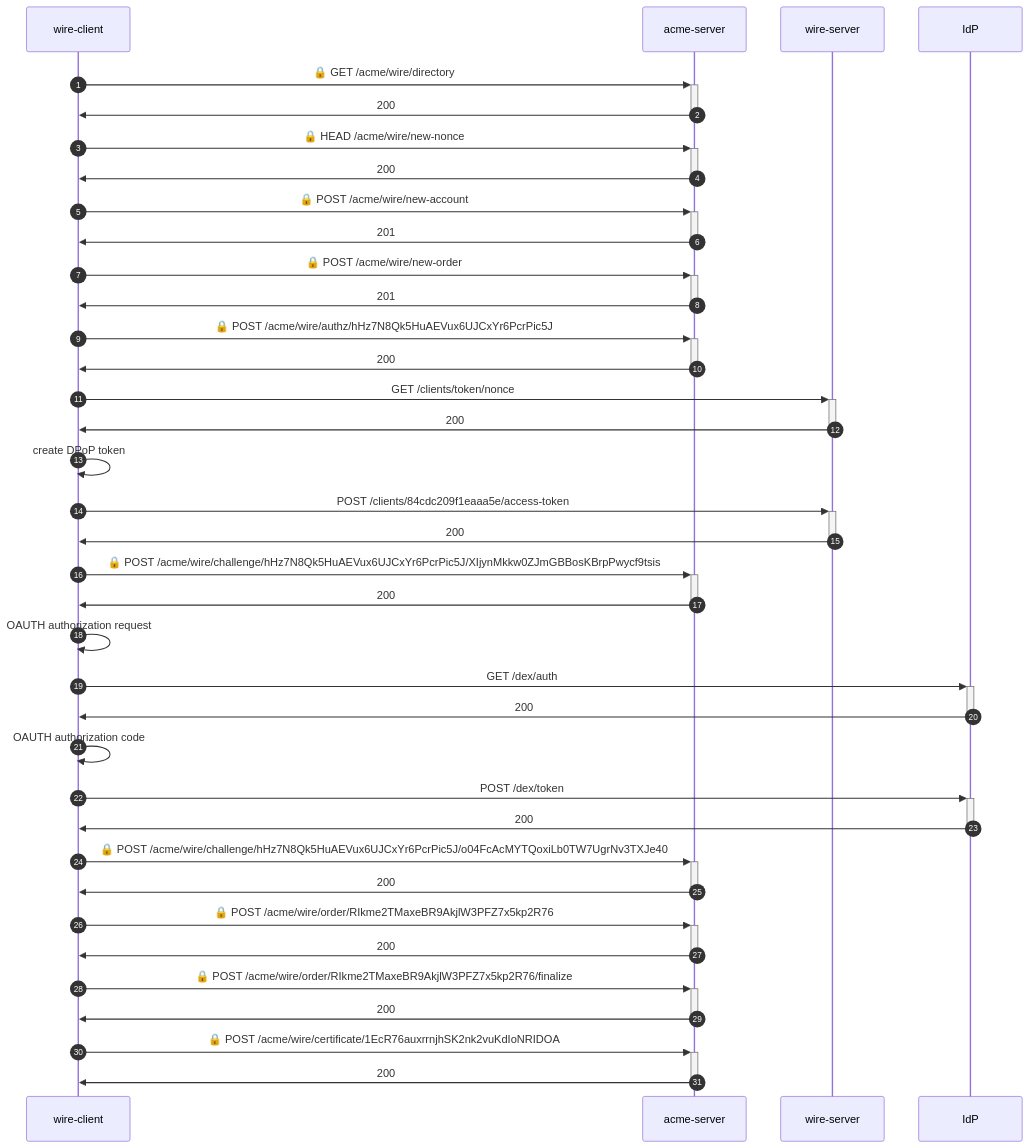
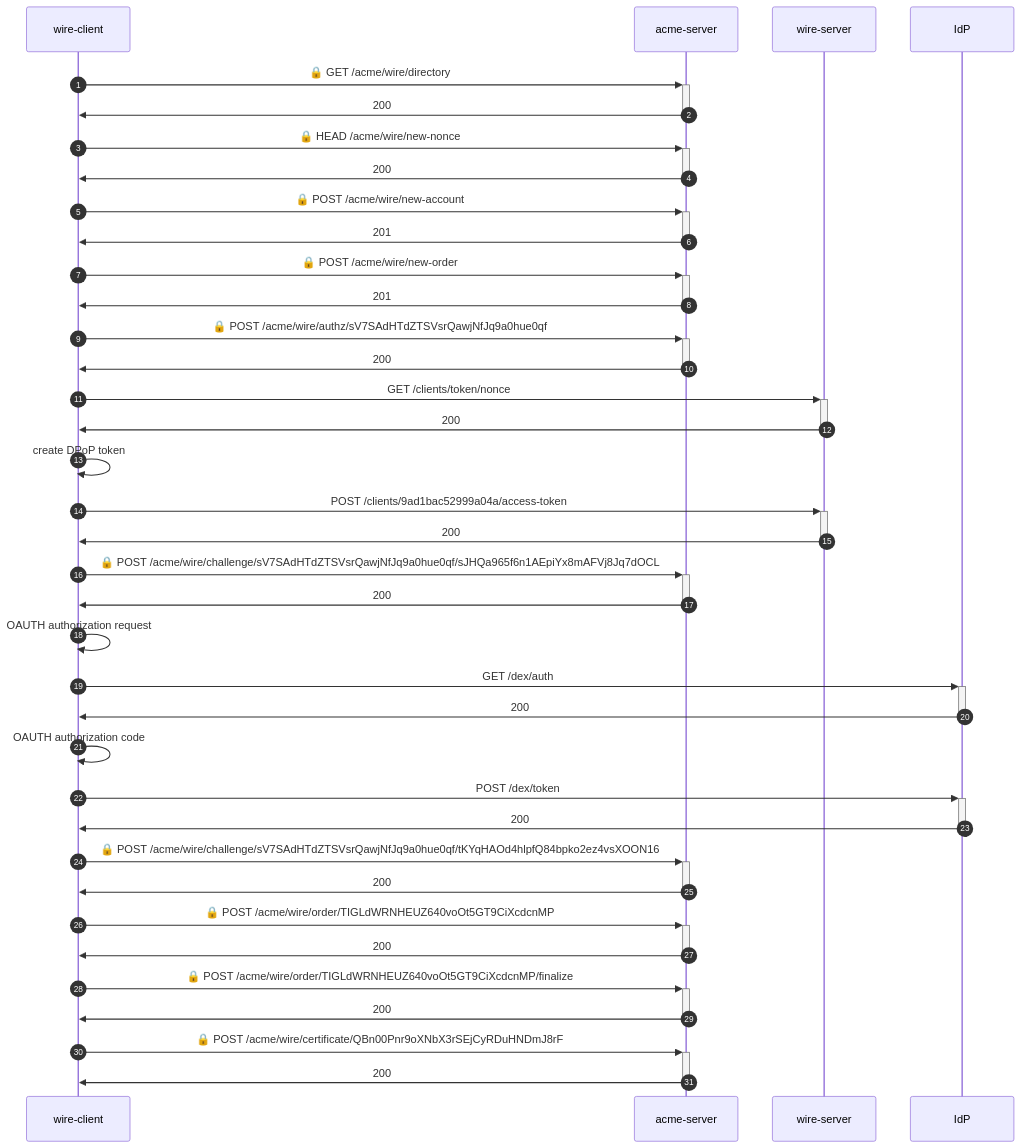
The diagram in e2e-identity/README.md (wireapp/rusty-jwt-tools), drawn with Mermaid before and after one commit. The commit also changed other lines of this file and 4 other files, not shown here.

````diff
--- a/e2e-identity/README.md
+++ b/e2e-identity/README.md
@@ -3,35 +3,35 @@
 ```mermaid
 sequenceDiagram
     autonumber
     wire-client->>+acme-server: 🔒 GET /acme/wire/directory
     acme-server->>-wire-client: 200
     wire-client->>+acme-server: 🔒 HEAD /acme/wire/new-nonce
     acme-server->>-wire-client: 200
     wire-client->>+acme-server: 🔒 POST /acme/wire/new-account
     acme-server->>-wire-client: 201
     wire-client->>+acme-server: 🔒 POST /acme/wire/new-order
     acme-server->>-wire-client: 201
-    wire-client->>+acme-server: 🔒 POST /acme/wire/authz/hHz7N8Qk5HuAEVux6UJCxYr6PcrPic5J
+    wire-client->>+acme-server: 🔒 POST /acme/wire/authz/sV7SAdHTdZTSVsrQawjNfJq9a0hue0qf
     acme-server->>-wire-client: 200
     wire-client->>+wire-server:  GET /clients/token/nonce
     wire-server->>-wire-client: 200
     wire-client->>wire-client: create DPoP token
-    wire-client->>+wire-server:  POST /clients/84cdc209f1eaaa5e/access-token
+    wire-client->>+wire-server:  POST /clients/9ad1bac52999a04a/access-token
     wire-server->>-wire-client: 200
-    wire-client->>+acme-server: 🔒 POST /acme/wire/challenge/hHz7N8Qk5HuAEVux6UJCxYr6PcrPic5J/XIjynMkkw0ZJmGBBosKBrpPwycf9tsis
+    wire-client->>+acme-server: 🔒 POST /acme/wire/challenge/sV7SAdHTdZTSVsrQawjNfJq9a0hue0qf/sJHQa965f6n1AEpiYx8mAFVj8Jq7dOCL
     acme-server->>-wire-client: 200
     wire-client->>wire-client: OAUTH authorization request
     wire-client->>+IdP:  GET /dex/auth
     IdP->>-wire-client: 200
     wire-client->>wire-client: OAUTH authorization code
     wire-client->>+IdP:  POST /dex/token
     IdP->>-wire-client: 200
-    wire-client->>+acme-server: 🔒 POST /acme/wire/challenge/hHz7N8Qk5HuAEVux6UJCxYr6PcrPic5J/o04FcAcMYTQoxiLb0TW7UgrNv3TXJe40
+    wire-client->>+acme-server: 🔒 POST /acme/wire/challenge/sV7SAdHTdZTSVsrQawjNfJq9a0hue0qf/tKYqHAOd4hlpfQ84bpko2ez4vsXOON16
     acme-server->>-wire-client: 200
-    wire-client->>+acme-server: 🔒 POST /acme/wire/order/RIkme2TMaxeBR9AkjlW3PFZ7x5kp2R76
+    wire-client->>+acme-server: 🔒 POST /acme/wire/order/TIGLdWRNHEUZ640voOt5GT9CiXcdcnMP
     acme-server->>-wire-client: 200
-    wire-client->>+acme-server: 🔒 POST /acme/wire/order/RIkme2TMaxeBR9AkjlW3PFZ7x5kp2R76/finalize
+    wire-client->>+acme-server: 🔒 POST /acme/wire/order/TIGLdWRNHEUZ640voOt5GT9CiXcdcnMP/finalize
     acme-server->>-wire-client: 200
-    wire-client->>+acme-server: 🔒 POST /acme/wire/certificate/1EcR76auxrrnjhSK2nk2vuKdIoNRIDOA
+    wire-client->>+acme-server: 🔒 POST /acme/wire/certificate/QBn00Pnr9oXNbX3rSEjCyRDuHNDmJ8rF
     acme-server->>-wire-client: 200
 ```
````
